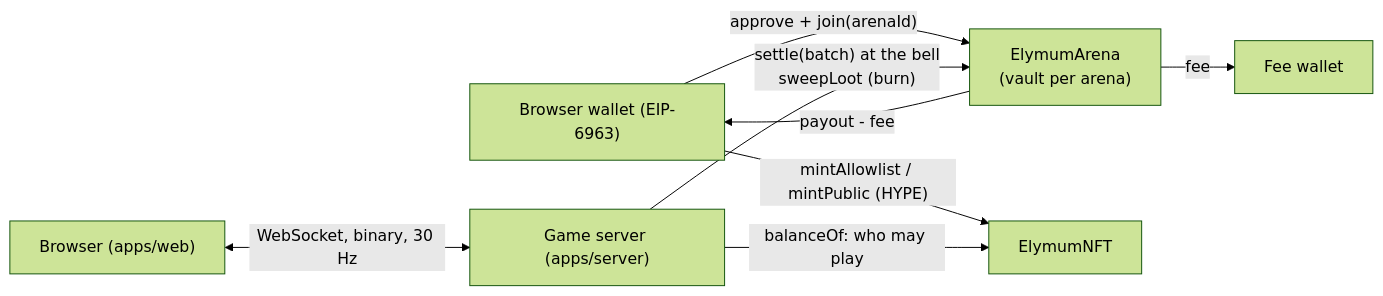
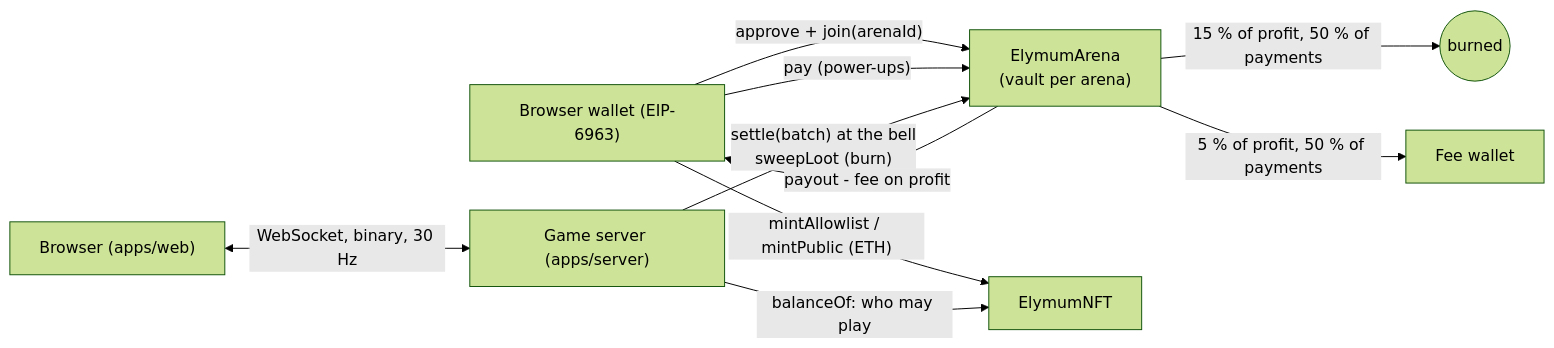
The diagram in README.md (CoinnibalFun/Coinnibal), drawn with Mermaid (forest theme) before and after one commit. The commit also changed other lines of this file and 9 other files, not shown here.

First line of the commit message:
Docs: Robinhood Chain research, economy, fresh architecture and operations

````diff
--- a/README.md
+++ b/README.md
@@ -55,10 +56,12 @@
 ```mermaid
 flowchart LR
   W["Browser wallet (EIP-6963)"] -- "approve + join(arenaId)" --> A["ElymumArena<br/>(vault per arena)"]
-  W -- "mintAllowlist / mintPublic (HYPE)" --> N["ElymumNFT"]
+  W -- "pay (power-ups)" --> A
+  W -- "mintAllowlist / mintPublic (ETH)" --> N["ElymumNFT"]
   B["Browser (apps/web)"] <-- "WebSocket, binary, 30 Hz" --> S["Game server (apps/server)"]
   S -- "settle(batch) at the bell<br/>sweepLoot (burn)" --> A
   S -- "balanceOf: who may play" --> N
-  A -- "payout - fee" --> W
-  A -- "fee" --> F["Fee wallet"]
+  A -- "payout - fee on profit" --> W
+  A -- "15 % of profit, 50 % of payments" --> D(("burned"))
+  A -- "5 % of profit, 50 % of payments" --> F["Fee wallet"]
 ```
````
